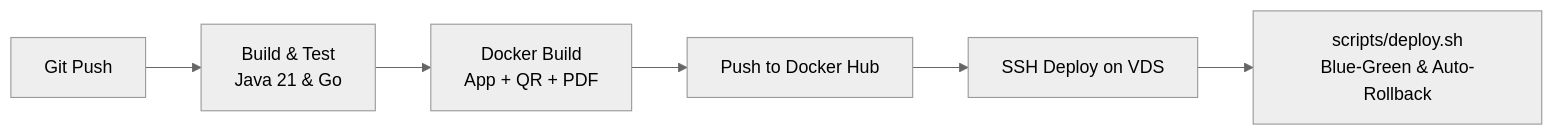
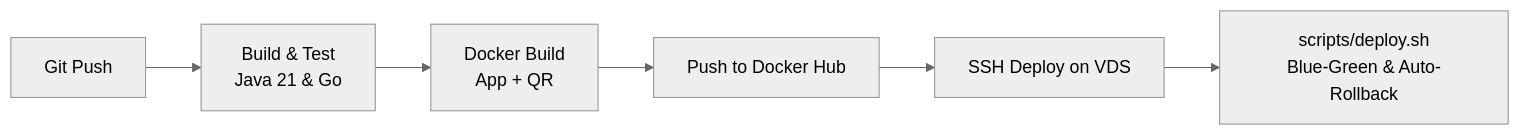
The second of 2 diagrams in README.md (AndreyJVM/portfolio-service), drawn with Mermaid (neutral theme) before and after one commit. The commit also changed other lines of this file and 21 other files, not shown here.

````diff
--- a/README.md
+++ b/README.md
@@ -99,8 +98,8 @@
 ```mermaid
 flowchart LR
     A[Git Push] --> B[Build & Test<br/>Java 21 & Go]
-    B --> C[Docker Build<br/>App + QR + PDF]
+    B --> C[Docker Build<br/>App + QR]
     C --> D[Push to Docker Hub]
     D --> E[SSH Deploy on VDS]
     E --> F[scripts/deploy.sh<br/>Blue-Green & Auto-Rollback]
 ```
````
